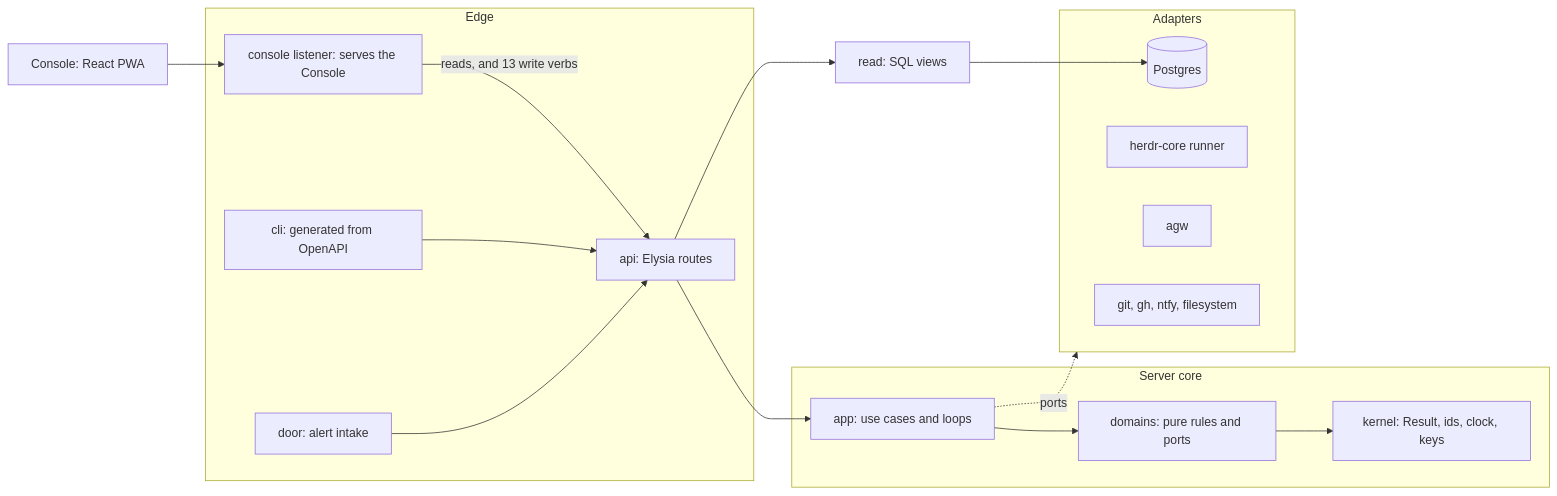
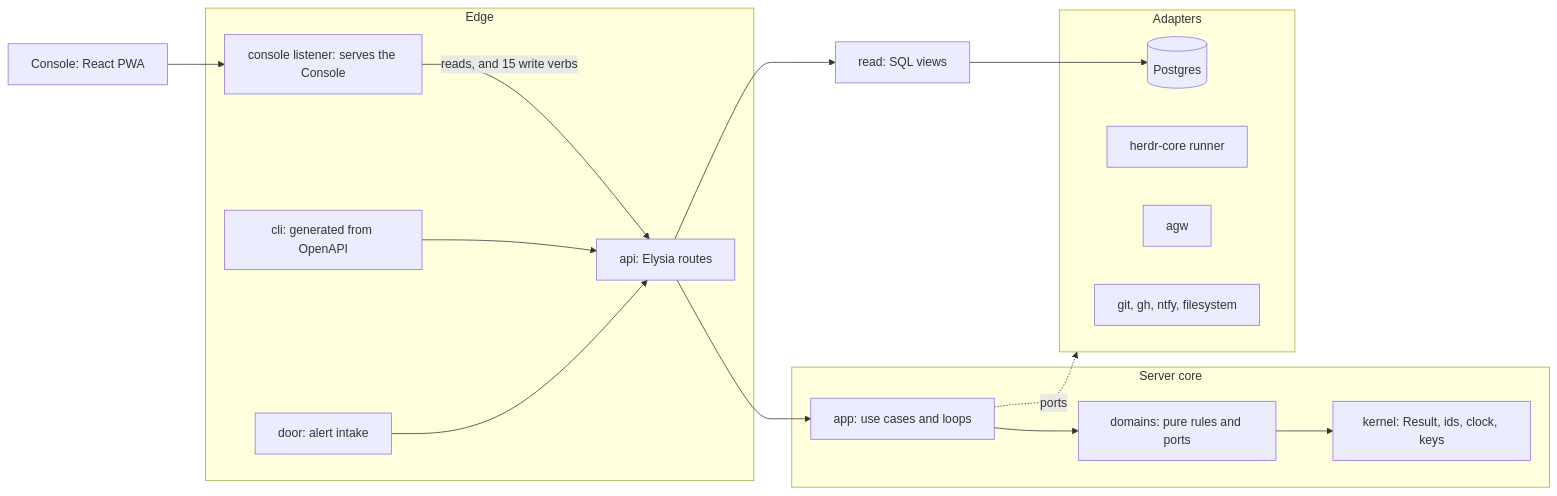
The diagram in README.md (jkrumm/software-factory), drawn with Mermaid before and after one commit. The commit also changed other lines of this file and 37 other files, not shown here.

````diff
--- a/README.md
+++ b/README.md
@@ -100,31 +101,31 @@
 ```mermaid
 flowchart LR
   subgraph edge [Edge]
     api[api: Elysia routes]
     console[console listener: serves the Console]
     cli[cli: generated from OpenAPI]
     door[door: alert intake]
   end
   subgraph core [Server core]
     app[app: use cases and loops]
     domains[domains: pure rules and ports]
     kernel[kernel: Result, ids, clock, keys]
   end
   subgraph out [Adapters]
     pg[(Postgres)]
     hc[herdr-core runner]
     agw[agw]
     other[git, gh, ntfy, filesystem]
   end
   read[read: SQL views]
   spa[Console: React PWA] --> console
-  console -->|reads, and 13 write verbs| api
+  console -->|reads, and 15 write verbs| api
   cli --> api
   door --> api
   api --> app
   api --> read
   app --> domains
   domains --> kernel
   app -.ports.-> out
   read --> pg
 ```
````
